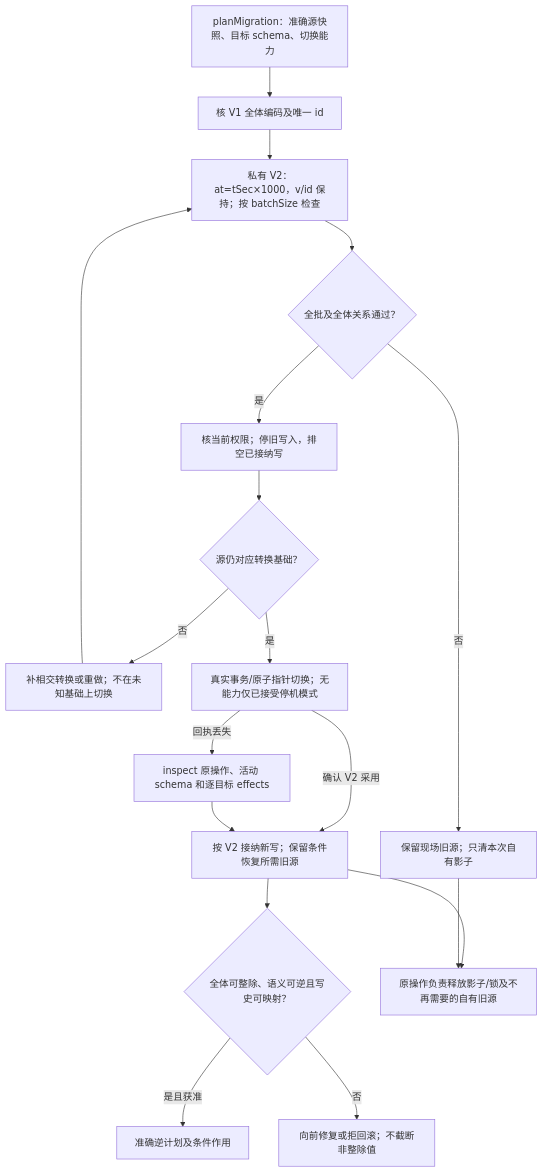
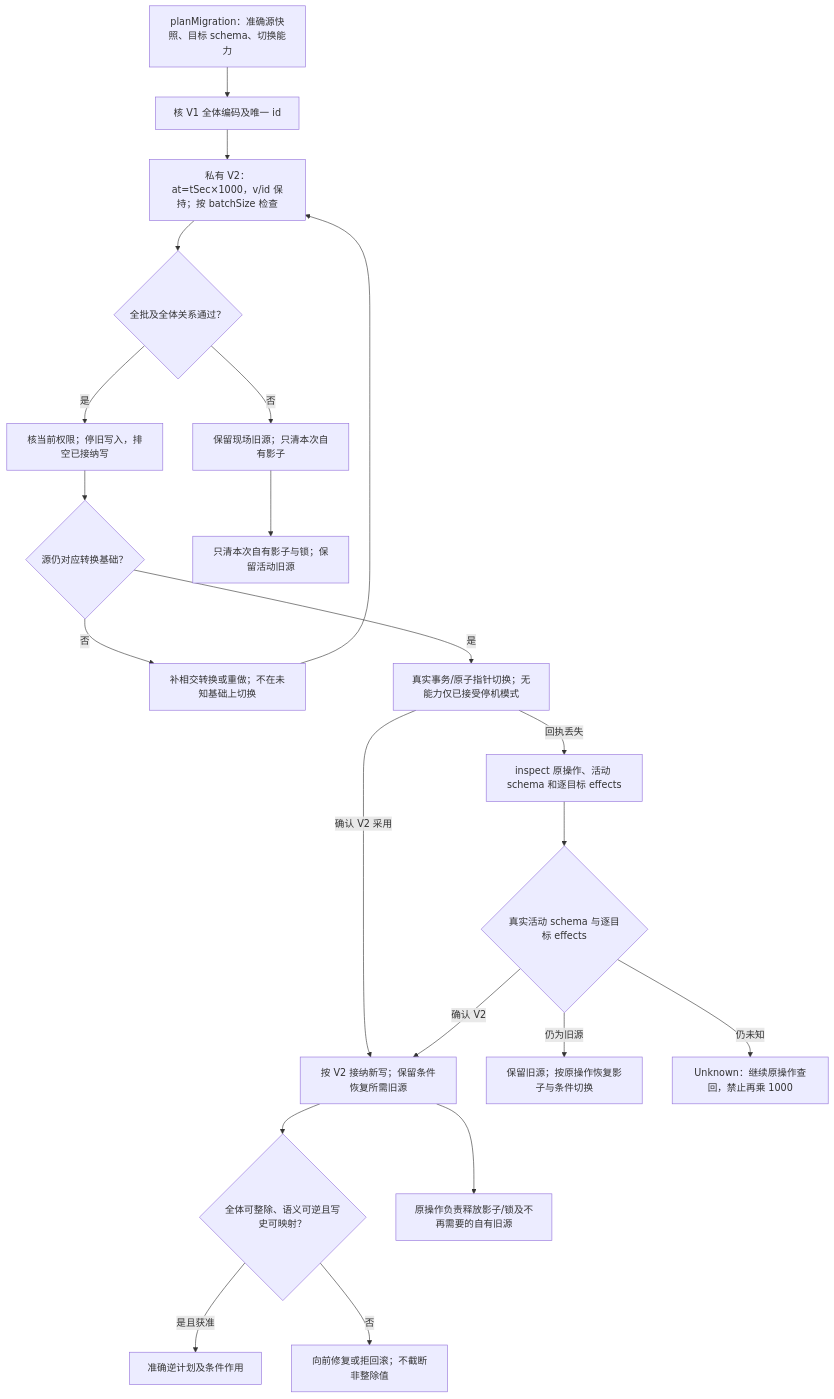
The diagram in docs/作者/成品/数据与配置迁移.md (sec-platform/sec), drawn with Mermaid before and after one commit. The commit also changed other lines of this file and 122 other files, not shown here.

First line of the commit message:
docs: unify system diagrams and remove redundant design text (#882)

````diff
--- a/docs/作者/成品/数据与配置迁移.md
+++ b/docs/作者/成品/数据与配置迁移.md
@@ -41,20 +41,23 @@
 ```mermaid
 flowchart TB
   plan["planMigration：准确源快照、目标 schema、切换能力"] --> decode["核 V1 全体编码及唯一 id"]
   decode --> shadow["私有 V2：at=tSec×1000，v/id 保持；按 batchSize 检查"]
   shadow --> all{"全批及全体关系通过？"}
   all -->|否| failed["保留现场旧源；只清本次自有影子"]
   all -->|是| fence["核当前权限；停旧写入，排空已接纳写"]
   fence --> same{"源仍对应转换基础？"}
   same -->|否| reconcile["补相交转换或重做；不在未知基础上切换"]
   reconcile --> shadow
   same -->|是| switch["真实事务/原子指针切换；无能力仅已接受停机模式"]
   switch -->|回执丢失| inspect["inspect 原操作、活动 schema 和逐目标 effects"]
   switch -->|确认 V2 采用| adopted["按 V2 接纳新写；保留条件恢复所需旧源"]
-  inspect --> adopted
+  inspect --> actual{"真实活动 schema 与逐目标 effects"}
+  actual -->|确认 V2| adopted
+  actual -->|仍为旧源| retry["保留旧源；按原操作恢复影子与条件切换"]
+  actual -->|仍未知| unknown["Unknown：继续原操作查回，禁止再乘 1000"]
   adopted --> reverse{"全体可整除、语义可逆且写史可映射？"}
   reverse -->|是且获准| rollback["准确逆计划及条件作用"]
   reverse -->|否| forward["向前修复或拒回滚；不截断非整除值"]
   adopted --> retire["原操作负责释放影子/锁及不再需要的自有旧源"]
-  failed --> retire
+  failed --> clean["只清本次自有影子与锁；保留活动旧源"]
 ```
````
